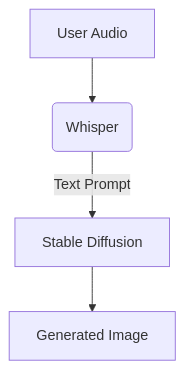
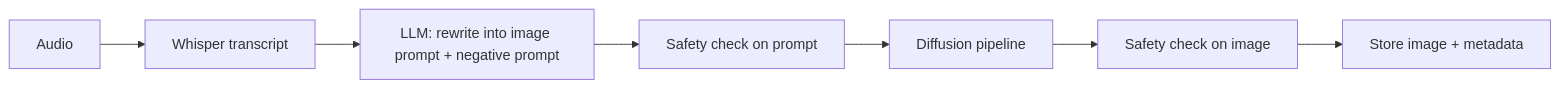
Before and after one commit to j4flmao/agent-skills: the diagram in skills/ai/genai-vision/SKILL.md, drawn with Mermaid. The commit also changed other lines of this file and 1218 other files, not shown here.

````diff
--- a/skills/ai/genai-vision/SKILL.md
+++ b/skills/ai/genai-vision/SKILL.md
@@ -13,7 +142,5 @@
 ```mermaid
-%%{init: {"theme": "default", "flowchart": {"useMaxWidth": true}}}%%
-graph TD
-    A[User Audio] --> B(Whisper)
-    B -->|Text Prompt| C[Stable Diffusion]
-    C --> D[Generated Image]
+flowchart LR
+  A[Audio] --> B[Whisper transcript] --> C[LLM: rewrite into image prompt + negative prompt]
+  C --> D[Safety check on prompt] --> E[Diffusion pipeline] --> F[Safety check on image] --> G[Store image + metadata]
 ```
````
